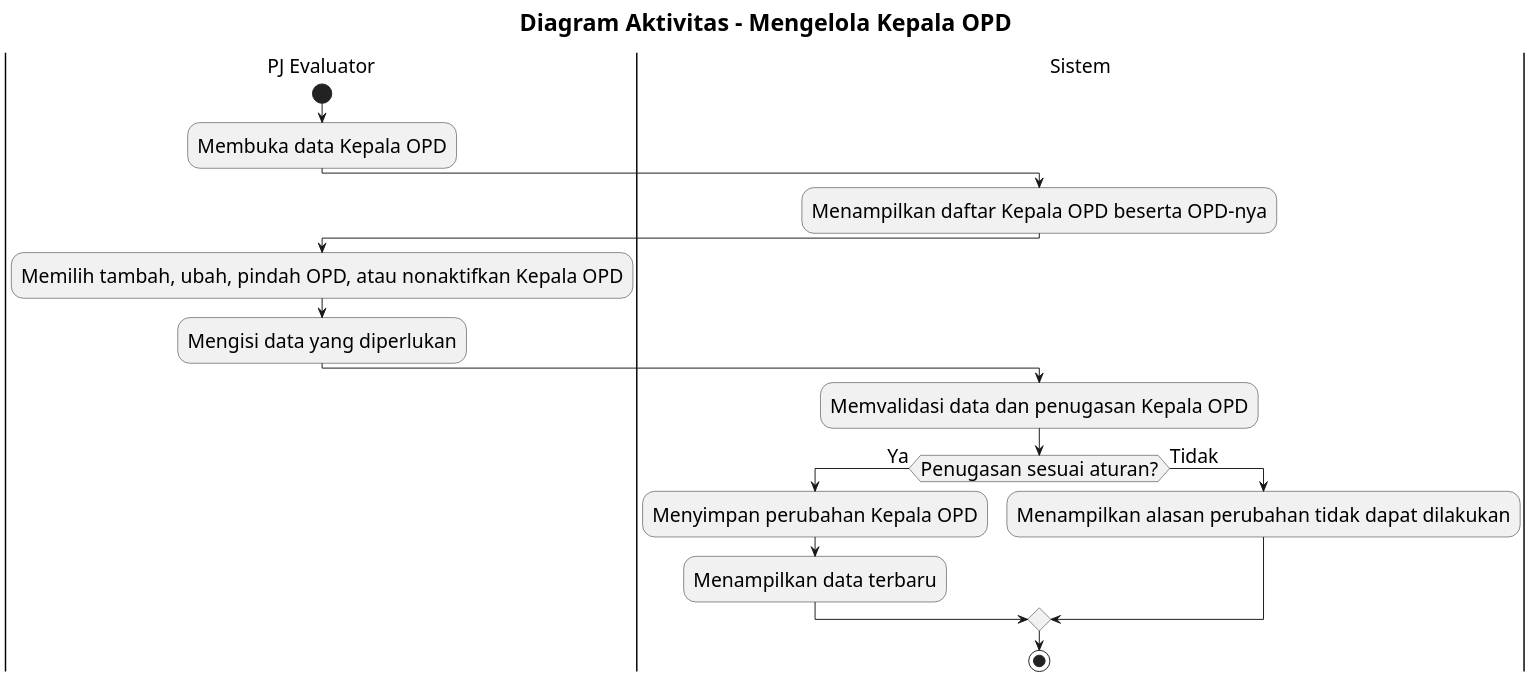
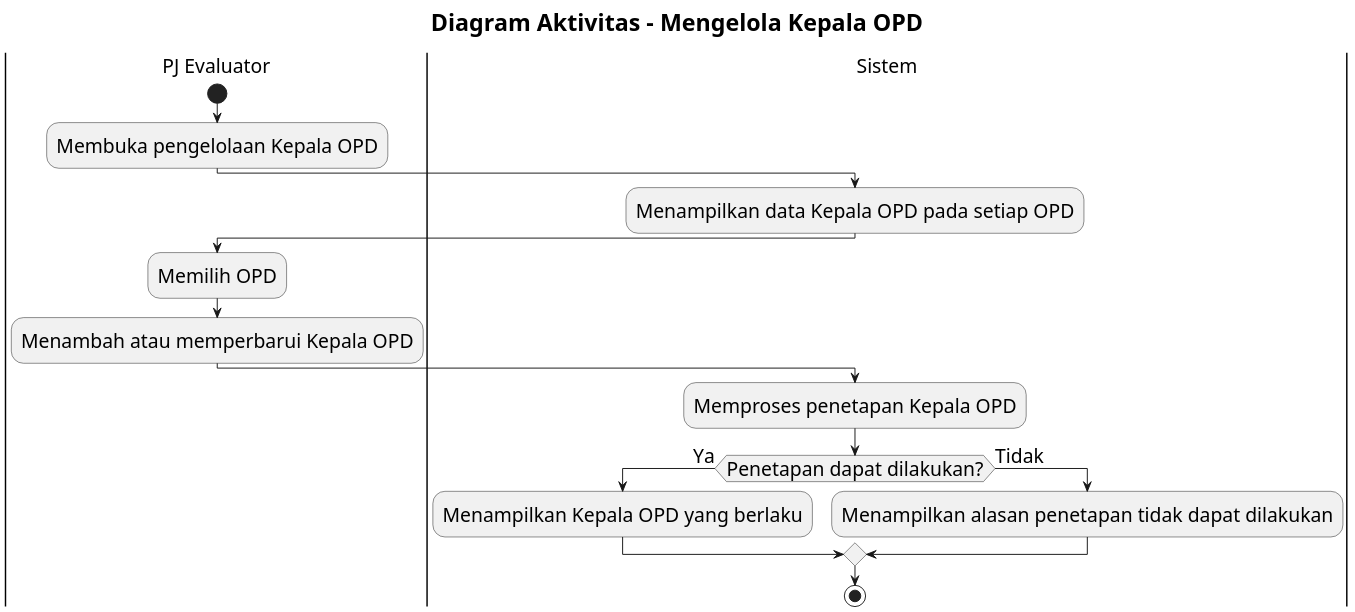
One commit to howlil/sop-generate-app changed the diagram in docs/activity-diagram/lampiran/pj-evaluator-mengelola-kepala-opd.md. Above: the diagram before and after it, drawn with PlantUML. The commit also changed other lines of this file and 20 other files, not shown here.

Commit message:
docs(activity): simplify flows to business-level design

````diff
--- a/docs/activity-diagram/lampiran/pj-evaluator-mengelola-kepala-opd.md
+++ b/docs/activity-diagram/lampiran/pj-evaluator-mengelola-kepala-opd.md
@@ -16,33 +16,32 @@
 ```plantuml
 @startuml
 skinparam defaultFontSize 20
 skinparam titleFontSize 24
 skinparam dpi 160
 
 title Diagram Aktivitas - Mengelola Kepala OPD
 
 |PJ Evaluator|
 start
-:Membuka data Kepala OPD;
+:Membuka pengelolaan Kepala OPD;
 
 |Sistem|
-:Menampilkan daftar Kepala OPD beserta OPD-nya;
+:Menampilkan data Kepala OPD pada setiap OPD;
 
 |PJ Evaluator|
-:Memilih tambah, ubah, pindah OPD, atau nonaktifkan Kepala OPD;
-:Mengisi data yang diperlukan;
+:Memilih OPD;
+:Menambah atau memperbarui Kepala OPD;
 
 |Sistem|
-:Memvalidasi data dan penugasan Kepala OPD;
+:Memproses penetapan Kepala OPD;
 
-if (Penugasan sesuai aturan?) then (Ya)
-  :Menyimpan perubahan Kepala OPD;
-  :Menampilkan data terbaru;
+if (Penetapan dapat dilakukan?) then (Ya)
+  :Menampilkan Kepala OPD yang berlaku;
 else (Tidak)
-  :Menampilkan alasan perubahan tidak dapat dilakukan;
+  :Menampilkan alasan penetapan tidak dapat dilakukan;
 endif
 
 stop
 
 @enduml
 ```
````
